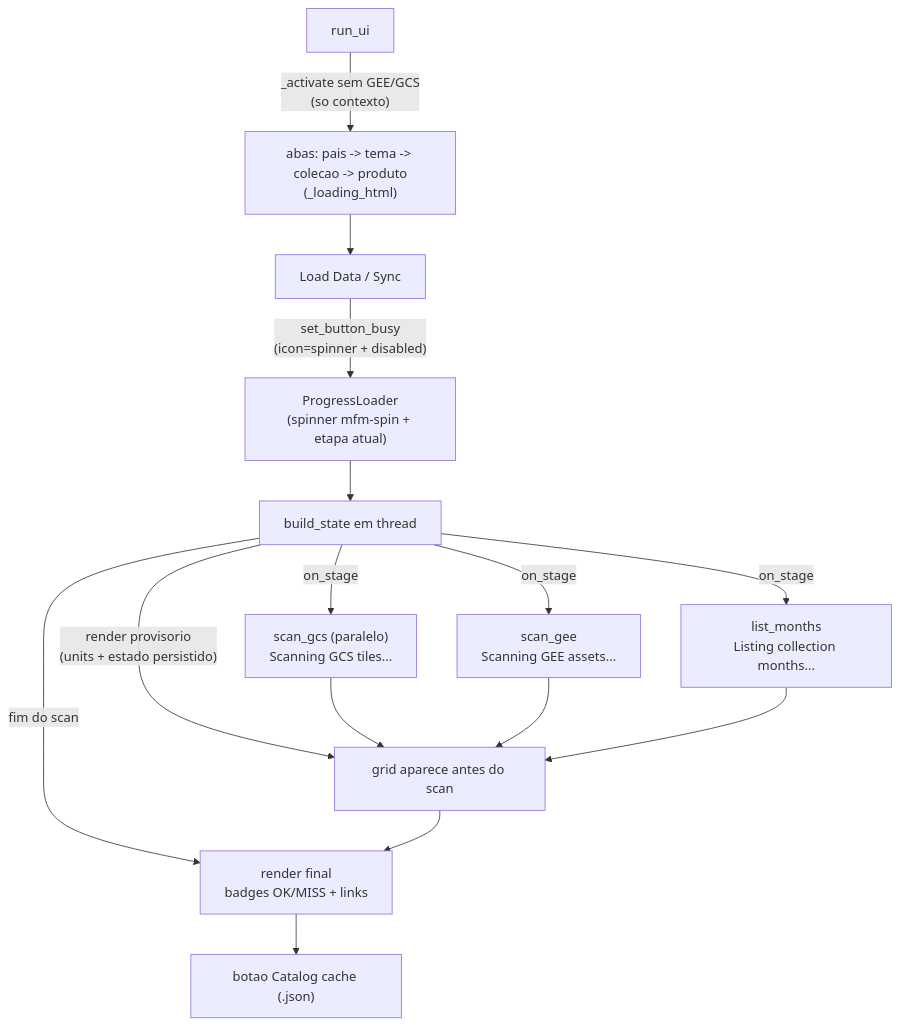
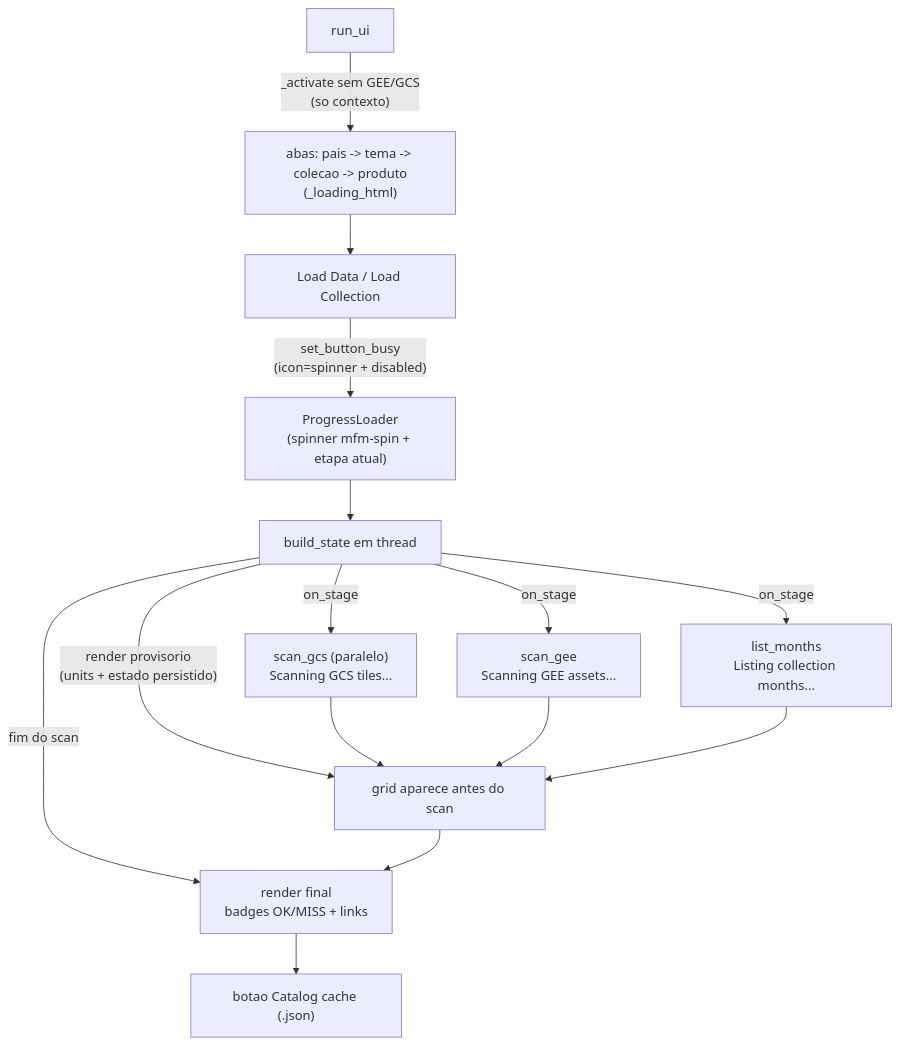
One commit to mapbiomas/brazil-fire changed the second of 2 diagrams in mapbiomas_fire_monitor/version_01/export_and_vectorization/README.md. Above: the diagram before and after it, drawn with Mermaid. The commit also changed other lines of this file and 6 other files, not shown here.

First line of the commit message:
feat(export_and_vectorization): multi-line product tabs, Load Data/Load Collection and stage-cycling Select Pending

````diff
--- a/mapbiomas_fire_monitor/version_01/export_and_vectorization/README.md
+++ b/mapbiomas_fire_monitor/version_01/export_and_vectorization/README.md
@@ -390,17 +409,17 @@
 ```mermaid
 flowchart TD
     S["run_ui"] -->|"_activate sem GEE/GCS<br/>(so contexto)"| P["abas: pais -&gt; tema -&gt; colecao -&gt; produto<br/>(_loading_html)"]
-    P --> L["Load Data / Sync"]
+    P --> L["Load Data / Load Collection"]
     L -->|"set_button_busy<br/>(icon=spinner + disabled)"| LB["ProgressLoader<br/>(spinner mfm-spin + etapa atual)"]
     LB --> T["build_state em thread"]
     T -->|"on_stage"| G1["scan_gcs (paralelo)<br/>Scanning GCS tiles..."]
     T -->|"on_stage"| G2["scan_gee<br/>Scanning GEE assets..."]
     T -->|"on_stage"| G3["list_months<br/>Listing collection months..."]
     T -->|"render provisorio<br/>(units + estado persistido)"| R0["grid aparece antes do scan"]
     G1 --> R0
     G2 --> R0
     G3 --> R0
     T -->|"fim do scan"| R1["render final<br/>badges OK/MISS + links"]
     R0 --> R1
     R1 --> B["botao Catalog cache (.json)"]
 ```
````
